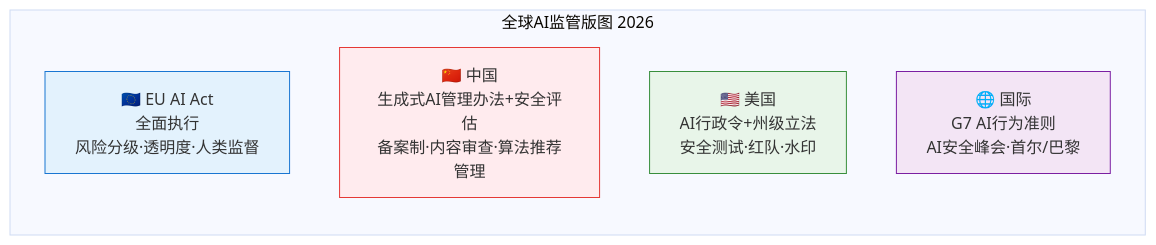
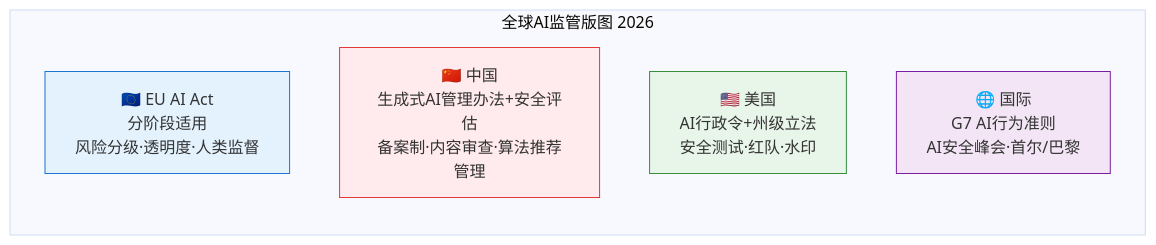
One commit to BeefWrap4/LLM-Knowledge-Base changed the second of 9 diagrams in 23_AI安全与伦理.md. Above: the diagram before and after it, drawn with Mermaid (base theme). The commit also changed other lines of this file and 454 other files, not shown here.

````diff
--- a/23_AI安全与伦理.md
+++ b/23_AI安全与伦理.md
@@ -73,14 +84,14 @@
 ```mermaid
 graph LR
     subgraph "全球AI监管版图 2026"
-        EU["🇪🇺 EU AI Act<br/>全面执行<br/>风险分级·透明度·人类监督"]
+        EU["🇪🇺 EU AI Act<br/>分阶段适用<br/>风险分级·透明度·人类监督"]
         CN["🇨🇳 中国<br/>生成式AI管理办法+安全评估<br/>备案制·内容审查·算法推荐管理"]
         US["🇺🇸 美国<br/>AI行政令+州级立法<br/>安全测试·红队·水印"]
         INT["🌐 国际<br/>G7 AI行为准则<br/>AI安全峰会·首尔/巴黎"]
     end
     
     style EU fill:#e3f2fd,stroke:#1976d2
     style CN fill:#ffebee,stroke:#e53935
     style US fill:#e8f5e9,stroke:#388e3c
     style INT fill:#f3e5f5,stroke:#7b1fa2
 ```
````
